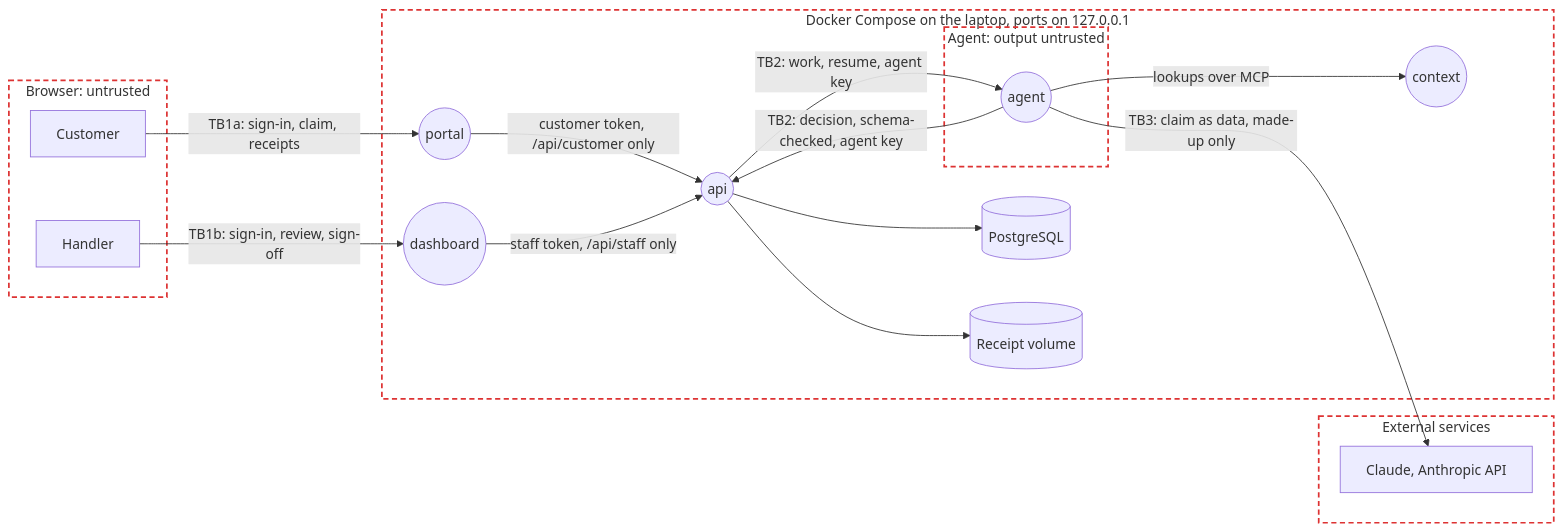
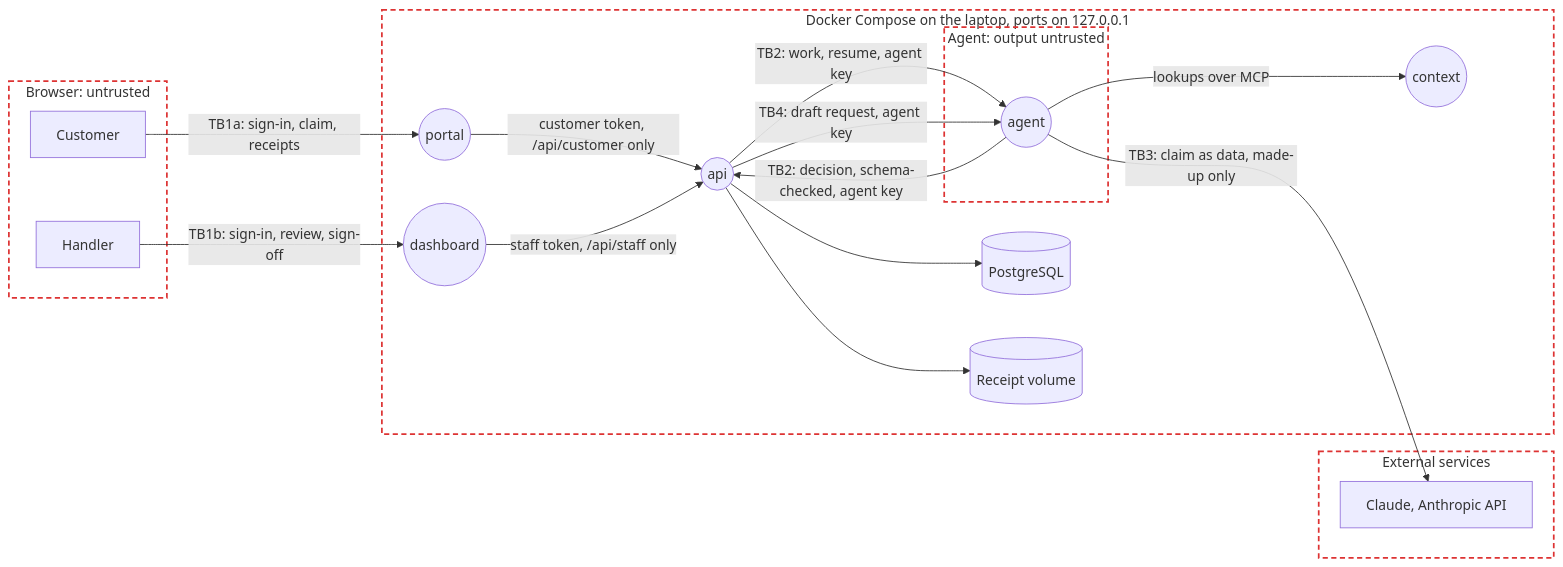
The diagram in docs/threat-model.md (euginevd/travel-claims), drawn with Mermaid before and after one commit. The commit also changed other lines of this file, not shown here.

````diff
--- a/docs/threat-model.md
+++ b/docs/threat-model.md
@@ -7,33 +7,34 @@
 ```mermaid
 flowchart LR
   subgraph browser ["Browser: untrusted"]
     customer[Customer]
     handler[Handler]
   end
   subgraph laptop ["Docker Compose on the laptop, ports on 127.0.0.1"]
     portal((portal))
     dashboard((dashboard))
     api((api))
     db[(PostgreSQL)]
     receipts[(Receipt volume)]
     context((context))
     subgraph agentzone ["Agent: output untrusted"]
       agent((agent))
     end
   end
   subgraph third ["External services"]
     anthropic[Claude, Anthropic API]
   end
   customer -- "TB1a: sign-in, claim, receipts" --> portal
   handler -- "TB1b: sign-in, review, sign-off" --> dashboard
   portal -- "customer token, /api/customer only" --> api
   dashboard -- "staff token, /api/staff only" --> api
   api --> db
   api --> receipts
   api -- "TB2: work, resume, agent key" --> agent
   agent -- "TB2: decision, schema-checked, agent key" --> api
   agent -- "lookups over MCP" --> context
   agent -- "TB3: claim as data, made-up only" --> anthropic
+  api -- "TB4: draft request, agent key" --> agent
   classDef boundary fill:none,stroke:#d33,stroke-width:2px,stroke-dasharray:6 4
   class browser,laptop,agentzone,third boundary
 ```
````
